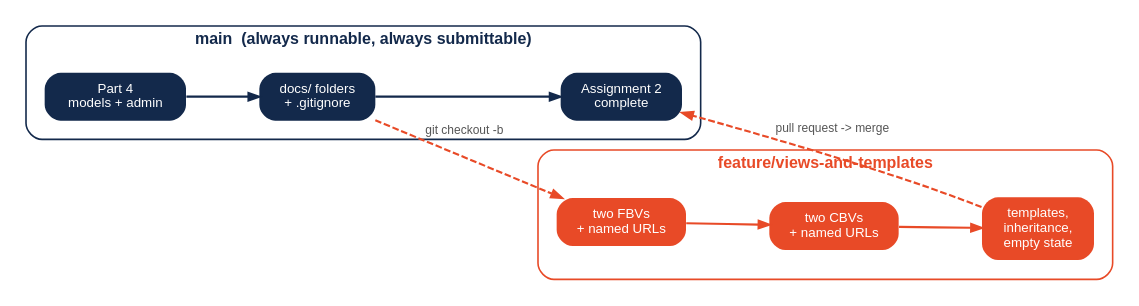
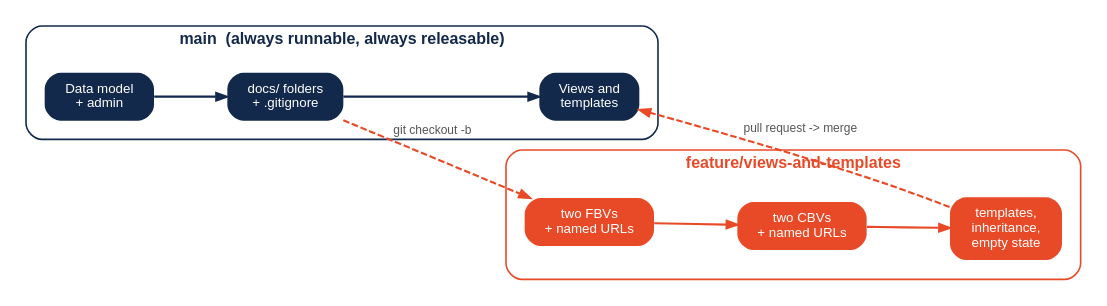
The diagram in docs/branching_strategy/branching_strategy.dot (manavi2005/11_Beacon), drawn with Graphviz before and after one commit. The commit also changed 13 other files, not shown here.

Commit message:
Docs: project history instead of course history, milestone headings, regenerated diagrams

```diff
--- a/docs/branching_strategy/branching_strategy.dot
+++ b/docs/branching_strategy/branching_strategy.dot
@@ -1,61 +1,61 @@
-/* Beacon branching strategy - Team Career Coaches (Group 11)
+/* Beacon branching strategy
  *
  * Regenerate with:
  *     dot -Tpng -Gdpi=140 branching_strategy.dot -o diagram.png
  */
 digraph beacon_branching {
     rankdir = LR;
     bgcolor = "white";
     nodesep = 0.45;
     ranksep = 0.75;
     fontname = "Helvetica";
 
     node [shape = box, style = "filled,rounded", fontname = "Helvetica",
           fontsize = 10, fontcolor = "white", penwidth = 0, margin = "0.16,0.10"];
     edge [arrowsize = 0.8, penwidth = 1.6, fontname = "Helvetica", fontsize = 9,
           fontcolor = "#555555"];
 
     /* ------------------------- main ------------------------- */
     subgraph cluster_main {
-        label = "main  (always runnable, always submittable)";
+        label = "main  (always runnable, always releasable)";
         fontname = "Helvetica-Bold";
         fontsize = 12;
         fontcolor = "#13294B";
         color = "#13294B";
         penwidth = 1.2;
         style = rounded;
         margin = 14;
 
-        m0 [label = "Part 4\nmodels + admin", fillcolor = "#13294B"];
+        m0 [label = "Data model\n+ admin", fillcolor = "#13294B"];
         m1 [label = "docs/ folders\n+ .gitignore", fillcolor = "#13294B"];
-        m2 [label = "Assignment 2\ncomplete", fillcolor = "#13294B"];
+        m2 [label = "Views and\ntemplates", fillcolor = "#13294B"];
 
         m0 -> m1 [color = "#13294B"];
         m1 -> m2 [color = "#13294B"];
     }
 
     /* -------------------- feature branch -------------------- */
     subgraph cluster_feature {
         label = "feature/views-and-templates";
         fontname = "Helvetica-Bold";
         fontsize = 12;
         fontcolor = "#E84A27";
         color = "#E84A27";
         penwidth = 1.2;
         style = rounded;
         margin = 14;
 
         f1 [label = "two FBVs\n+ named URLs", fillcolor = "#E84A27"];
         f2 [label = "two CBVs\n+ named URLs", fillcolor = "#E84A27"];
         f3 [label = "templates,\ninheritance,\nempty state", fillcolor = "#E84A27"];
 
         f1 -> f2 [color = "#E84A27"];
         f2 -> f3 [color = "#E84A27"];
     }
 
     /* ------------------- branch and merge ------------------- */
     m1 -> f1 [color = "#E84A27", style = dashed,
               label = "  git checkout -b  "];
     f3 -> m2 [color = "#E84A27", style = dashed,
               label = "  pull request -> merge  "];
 }
```
